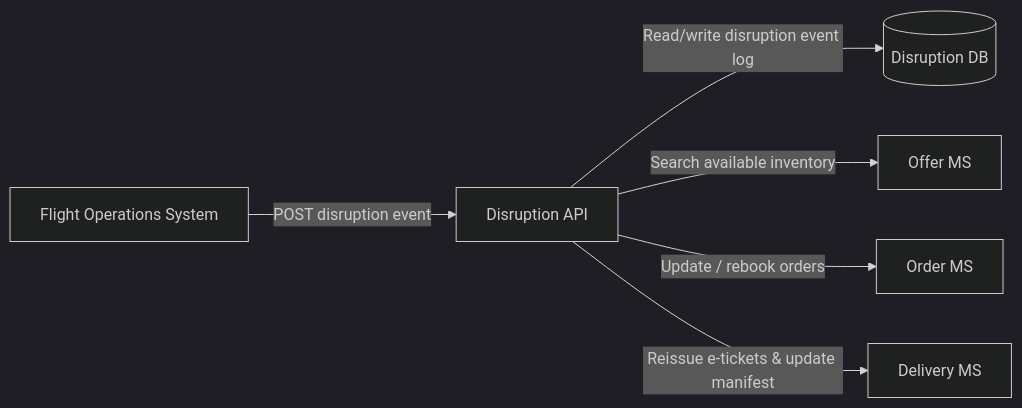
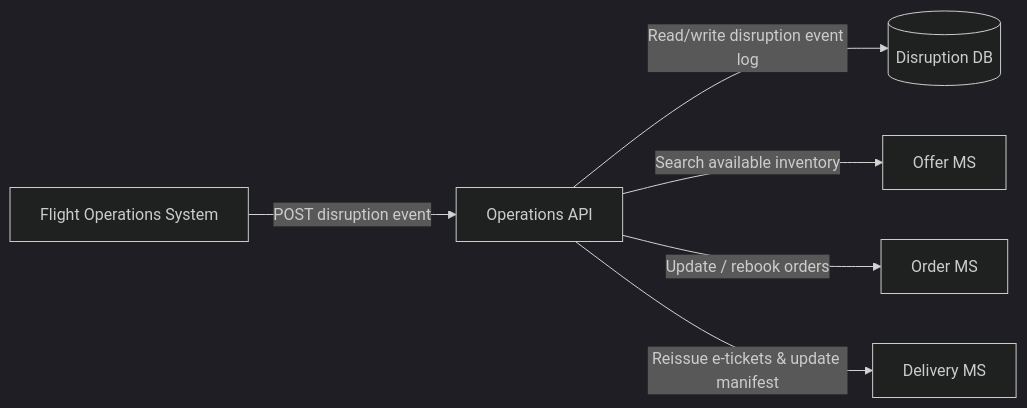
One commit to sebharvey/airline-reservation-system changed the first of 3 diagrams in documentation/design/disruption.md. Above: the diagram before and after it, drawn with Mermaid (dark theme). The commit also changed other lines of this file and 32 other files, not shown here.

First line of the commit message:
Move disruption orchestration into Operations API; remove standalone Disruption API

````diff
--- a/documentation/design/disruption.md
+++ b/documentation/design/disruption.md
@@ -11,8 +11,8 @@
 ```mermaid
 graph LR
-    FOS[Flight Operations System] -->|POST disruption event| DISRUPTION_API[Disruption API]
-    DISRUPTION_API -->|Read/write disruption event log| DISRUPTION_DB[(Disruption DB)]
-    DISRUPTION_API -->|Search available inventory| OFFER[Offer MS]
-    DISRUPTION_API -->|Update / rebook orders| ORDER[Order MS]
-    DISRUPTION_API -->|Reissue e-tickets & update manifest| DELIVERY[Delivery MS]
+    FOS[Flight Operations System] -->|POST disruption event| OPERATIONS_API[Operations API]
+    OPERATIONS_API -->|Read/write disruption event log| DISRUPTION_DB[(Disruption DB)]
+    OPERATIONS_API -->|Search available inventory| OFFER[Offer MS]
+    OPERATIONS_API -->|Update / rebook orders| ORDER[Order MS]
+    OPERATIONS_API -->|Reissue e-tickets & update manifest| DELIVERY[Delivery MS]
 ```
````
